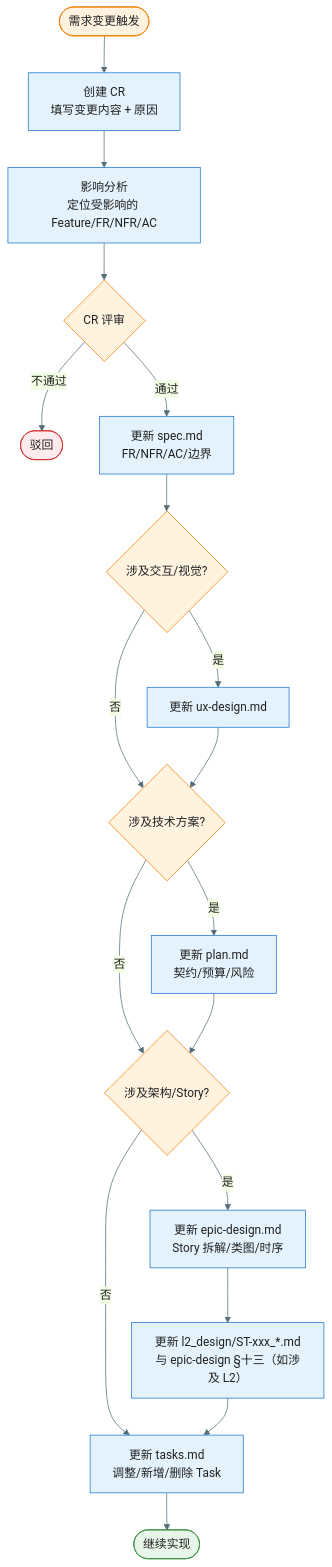
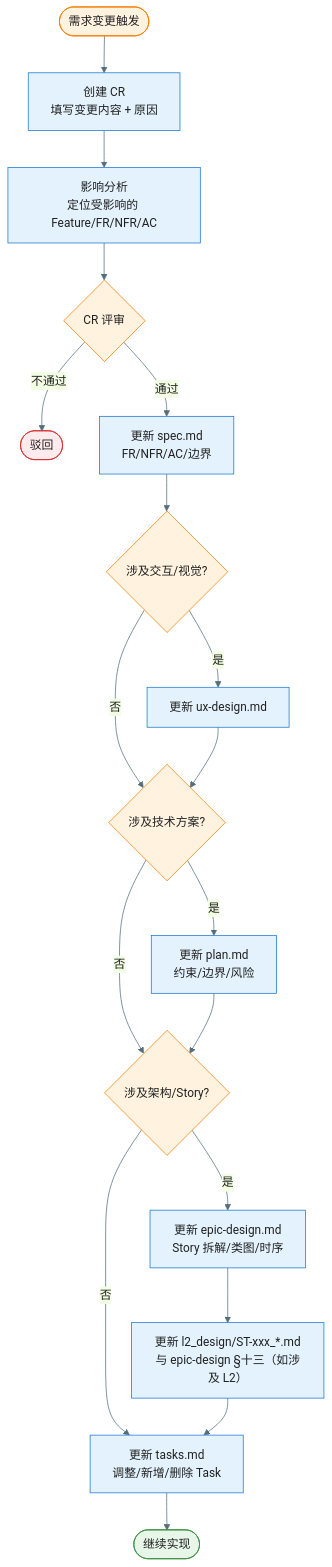
One commit to jackykarma/Verity changed the fourth of 8 diagrams in docs/workflow-overview.md. Above: the diagram before and after it, drawn with Mermaid. The commit also changed other lines of this file and 28 other files, not shown here.

````diff
--- a/docs/workflow-overview.md
+++ b/docs/workflow-overview.md
@@ -237,29 +237,29 @@
 ```mermaid
 %%{init: {'theme': 'base', 'themeVariables': { 'primaryColor': '#E3F2FD', 'primaryTextColor': '#212121', 'primaryBorderColor': '#1976D2', 'lineColor': '#546E7A'}}}%%
 flowchart TD
     Trigger([需求变更触发]) --> CreateCR["创建 CR<br/>填写变更内容 + 原因"]
     CreateCR --> Impact["影响分析<br/>定位受影响的 Feature/FR/NFR/AC"]
     Impact --> Review{CR 评审}
     Review -->|不通过| Reject([驳回])
     Review -->|通过| UpdateSpec["更新 spec.md<br/>FR/NFR/AC/边界"]
     UpdateSpec --> CheckUX{涉及交互/视觉?}
     CheckUX -->|是| UpdateUX["更新 ux-design.md"]
     CheckUX -->|否| CheckPlan{涉及技术方案?}
     UpdateUX --> CheckPlan
-    CheckPlan -->|是| UpdatePlan["更新 plan.md<br/>契约/预算/风险"]
+    CheckPlan -->|是| UpdatePlan["更新 plan.md<br/>约束/边界/风险"]
     CheckPlan -->|否| CheckDesign{涉及架构/Story?}
     UpdatePlan --> CheckDesign
     CheckDesign -->|是| UpdateDesign["更新 epic-design.md<br/>Story 拆解/类图/时序"]
     CheckDesign -->|否| UpdateTasks["更新 tasks.md<br/>调整/新增/删除 Task"]
     UpdateDesign --> UpdateL2["更新 l2_design/ST-xxx_*.md<br/>与 epic-design §十三（如涉及 L2）"]
     UpdateL2 --> UpdateTasks
     UpdateTasks --> Continue([继续实现])
 
     style Trigger fill:#FFF3E0,stroke:#F57C00
     style Reject fill:#FFEBEE,stroke:#D32F2F
     style Continue fill:#E8F5E9,stroke:#388E3C
     style Review fill:#FFF3E0,stroke:#F57C00
     style CheckUX fill:#FFF3E0,stroke:#F57C00
     style CheckPlan fill:#FFF3E0,stroke:#F57C00
     style CheckDesign fill:#FFF3E0,stroke:#F57C00
 ```
````
